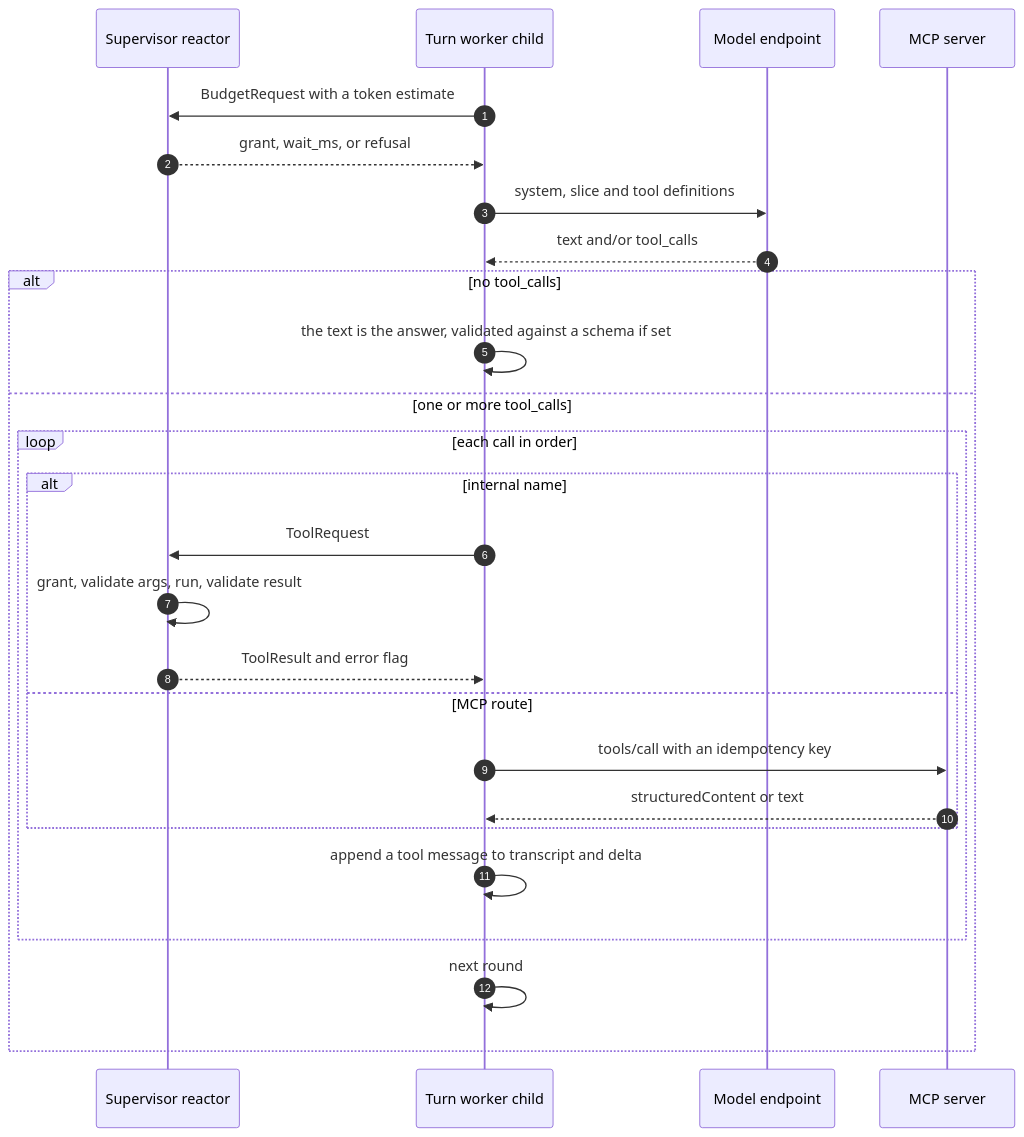
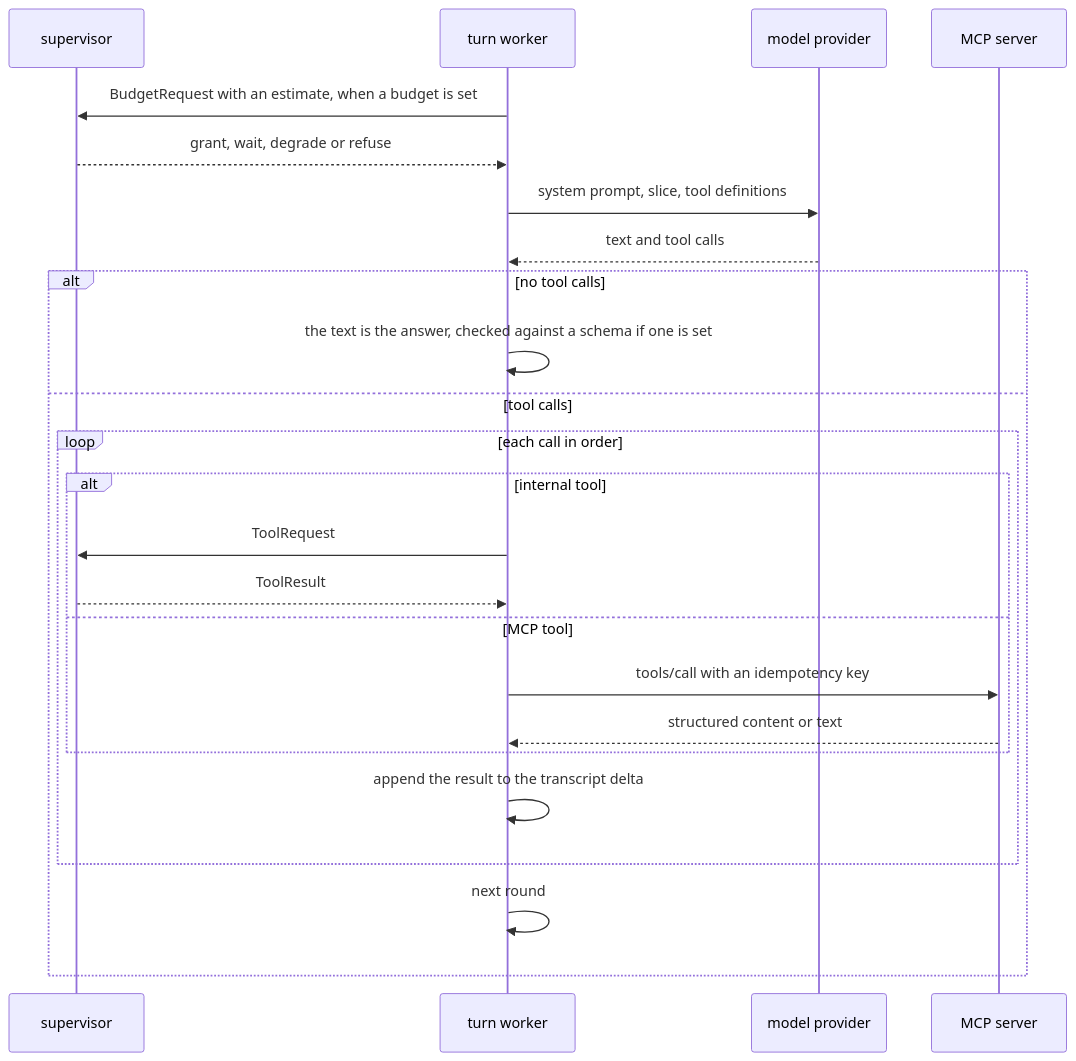
One commit to agentd-dev/source-code changed the second of 3 diagrams in docs/agent-loop.md. Above: the diagram before and after it, drawn with Mermaid. The commit also changed other lines of this file and 110 other files, not shown here.

````diff
--- a/docs/agent-loop.md
+++ b/docs/agent-loop.md
@@ -215,28 +265,26 @@
 ```mermaid
 sequenceDiagram
-    autonumber
-    participant S as Supervisor reactor
-    participant W as Turn worker child
-    participant M as Model endpoint
-    participant X as MCP server
-    W->>S: BudgetRequest with a token estimate
-    S-->>W: grant, wait_ms, or refusal
-    W->>M: system, slice and tool definitions
-    M-->>W: text and/or tool_calls
-    alt no tool_calls
-        W->>W: the text is the answer, validated against a schema if set
-    else one or more tool_calls
-        loop each call in order
-            alt internal name
-                W->>S: ToolRequest
-                S->>S: grant, validate args, run, validate result
-                S-->>W: ToolResult and error flag
-            else MCP route
-                W->>X: tools/call with an idempotency key
-                X-->>W: structuredContent or text
-            end
-            W->>W: append a tool message to transcript and delta
-        end
-        W->>W: next round
+  participant S as supervisor
+  participant W as turn worker
+  participant M as model provider
+  participant X as MCP server
+  W->>S: BudgetRequest with an estimate, when a budget is set
+  S-->>W: grant, wait, degrade or refuse
+  W->>M: system prompt, slice, tool definitions
+  M-->>W: text and tool calls
+  alt no tool calls
+    W->>W: the text is the answer, checked against a schema if one is set
+  else tool calls
+    loop each call in order
+      alt internal tool
+        W->>S: ToolRequest
+        S-->>W: ToolResult
+      else MCP tool
+        W->>X: tools/call with an idempotency key
+        X-->>W: structured content or text
+      end
+      W->>W: append the result to the transcript delta
     end
+    W->>W: next round
+  end
 ```
````
